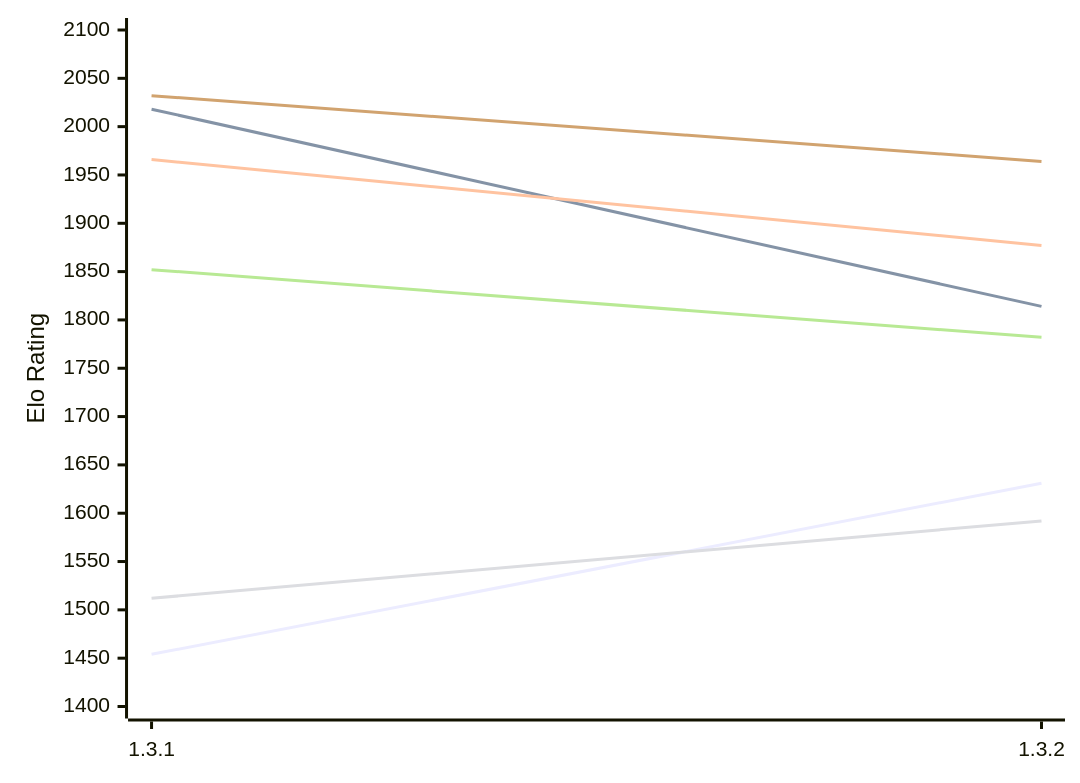
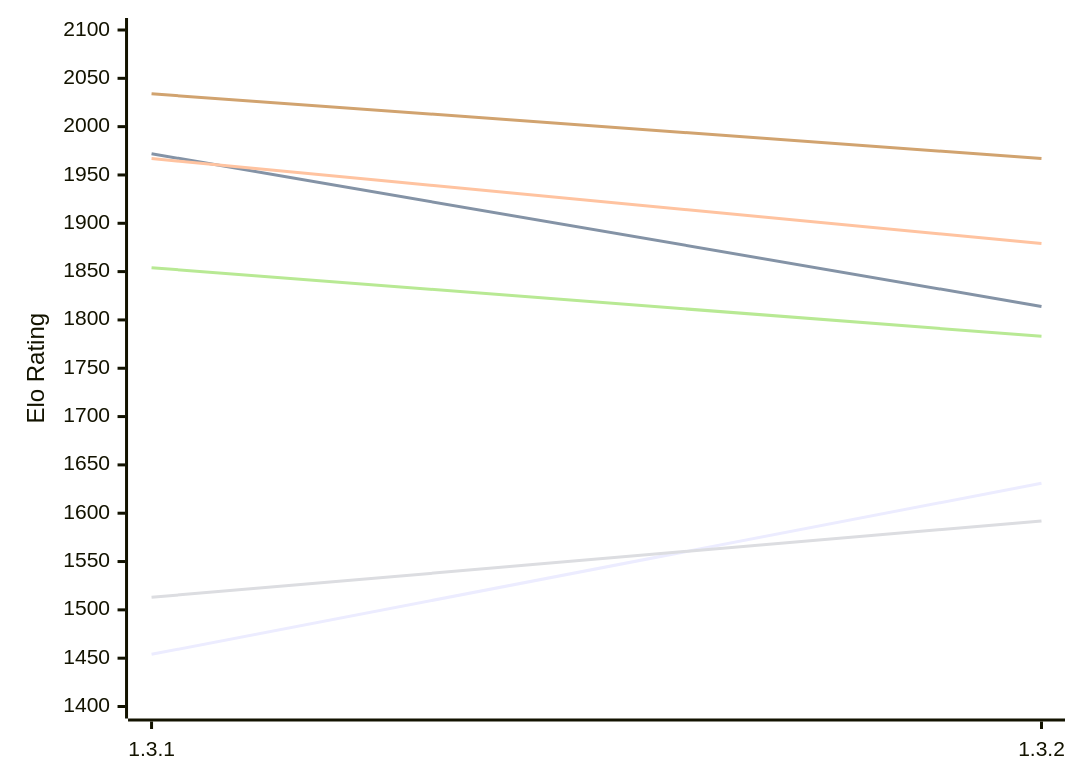
One commit to computer-chess-index/cci changed the first of 2 diagrams in engines/Zugblitz.md. Above: the diagram before and after it, drawn with Mermaid. The commit also changed other lines of this file, not shown here.

Commit message:
Update CCI Ratings (ELO VLTC) - 2026-11-28

````diff
--- a/engines/Zugblitz.md
+++ b/engines/Zugblitz.md
@@ -50,12 +50,12 @@
 ```mermaid
 %%{init: {"theme":"base","themeVariables":{"seriesColors:['#a3a3a3','#222221','#faa371']}}}%%
 xychart-beta
   x-axis ["1.3.1", "1.3.2"]
   y-axis "Elo Rating" 1400 --> 2100
   line "E1: STC (8.0+0.08s)" [1454, 1631]
-  line "E1: LTC (60.0+0.60s)" [2018, 1814]
-  line "E1: VLTC (2m24s+1.12s)" [1966, 1877]
-  line "P1: STC (8.0+0.08s)" [1512, 1592]
-  line "P1: LTC (60.0+0.60s)" [1852, 1782]
-  line "P1: VLTC (2m24s+1.12s)" [2032, 1964]
+  line "E1: LTC (60.0+0.60s)" [1972, 1814]
+  line "E1: VLTC (2m24s+1.12s)" [1967, 1879]
+  line "P1: STC (8.0+0.08s)" [1513, 1592]
+  line "P1: LTC (60.0+0.60s)" [1854, 1783]
+  line "P1: VLTC (2m24s+1.12s)" [2034, 1967]
 ```
````
